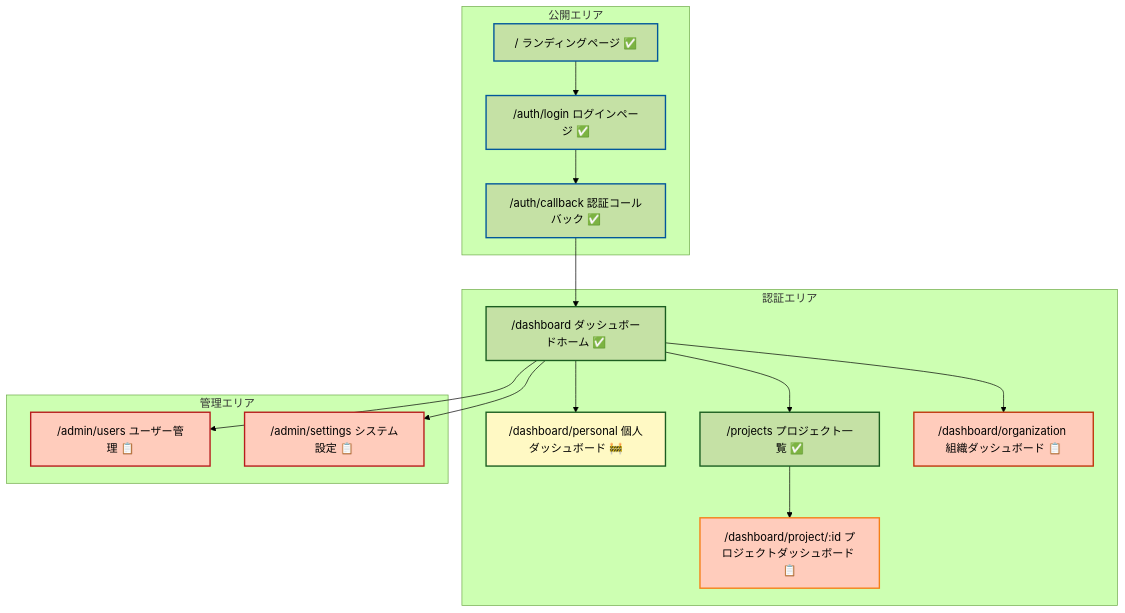
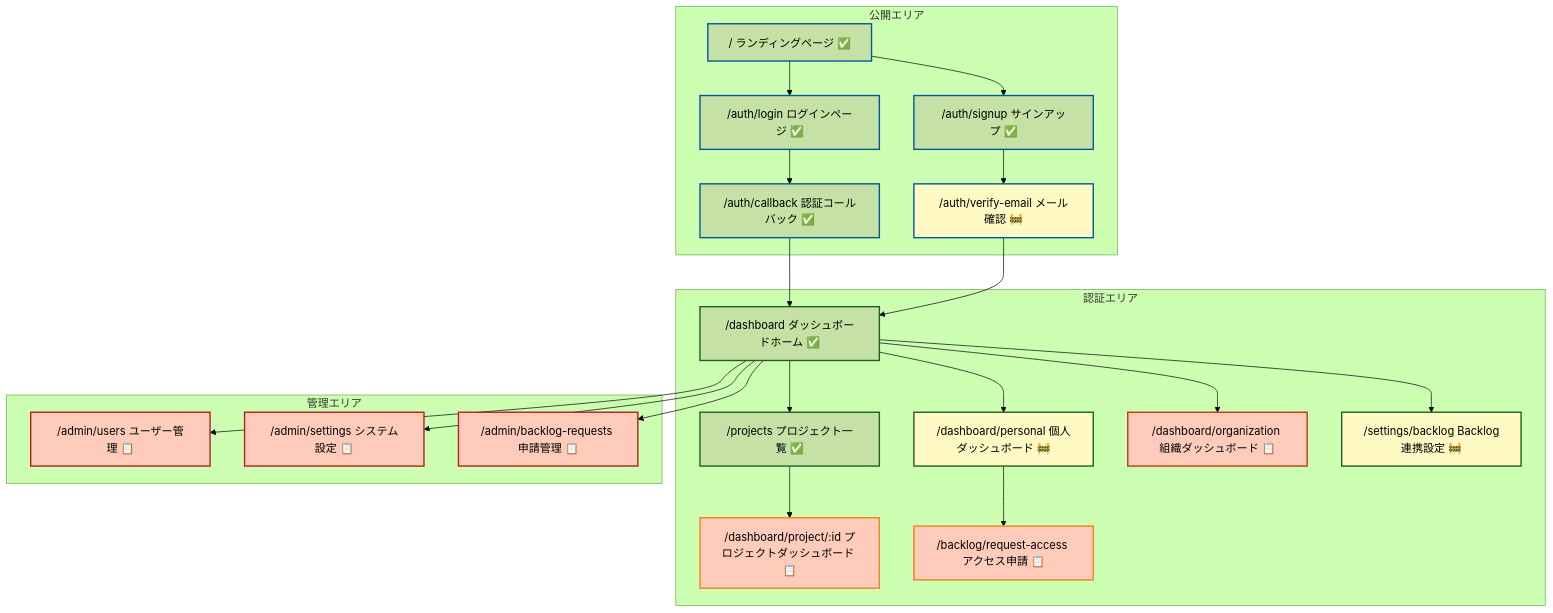
Before and after one commit to rasshii/team-insight: the seventh of 13 diagrams in Doc/mvp.md, drawn with Mermaid (forest theme). The commit also changed other lines of this file and 17 other files, not shown here.

````diff
--- a/Doc/mvp.md
+++ b/Doc/mvp.md
@@ -235,42 +326,58 @@
 ```mermaid
 graph TD
     subgraph "公開エリア"
         A["/ ランディングページ ✅"]
-        B["/auth/login ログインページ ✅"]
-        B2["/auth/callback 認証コールバック ✅"]
+        B["/auth/signup サインアップ ✅"]
+        C["/auth/login ログインページ ✅"]
+        D["/auth/callback 認証コールバック ✅"]
+        E["/auth/verify-email メール確認 🚧"]
     end
 
     subgraph "認証エリア"
-        C["/dashboard ダッシュボードホーム ✅"]
-        D["/dashboard/personal 個人ダッシュボード 🚧"]
-        E["/projects プロジェクト一覧 ✅"]
-        F["/dashboard/project/:id プロジェクトダッシュボード 📋"]
-        G["/dashboard/organization 組織ダッシュボード 📋"]
+        F["/dashboard ダッシュボードホーム ✅"]
+        G["/dashboard/personal 個人ダッシュボード 🚧"]
+        H["/projects プロジェクト一覧 ✅"]
+        I["/dashboard/project/:id プロジェクトダッシュボード 📋"]
+        J["/dashboard/organization 組織ダッシュボード 📋"]
+        K["/settings/backlog Backlog連携設定 🚧"]
+        L["/backlog/request-access アクセス申請 📋"]
     end
 
     subgraph "管理エリア"
-        H["/admin/users ユーザー管理 📋"]
-        I["/admin/settings システム設定 📋"]
+        M["/admin/users ユーザー管理 📋"]
+        N["/admin/settings システム設定 📋"]
+        O["/admin/backlog-requests 申請管理 📋"]
     end
 
     A --> B
-    B --> B2
-    B2 --> C
+    A --> C
+    B --> E
     C --> D
-    C --> E
+    D --> F
     E --> F
-    C --> G
-    C --> H
-    C --> I
+    F --> G
+    F --> H
+    F --> K
+    H --> I
+    F --> J
+    F --> M
+    F --> N
+    F --> O
+    G --> L
 
     style A fill:#c5e1a5,stroke:#01579b,stroke-width:2px
     style B fill:#c5e1a5,stroke:#01579b,stroke-width:2px
-    style B2 fill:#c5e1a5,stroke:#01579b,stroke-width:2px
-    style C fill:#c5e1a5,stroke:#1b5e20,stroke-width:2px
-    style D fill:#fff9c4,stroke:#1b5e20,stroke-width:2px
-    style E fill:#c5e1a5,stroke:#1b5e20,stroke-width:2px
-    style F fill:#ffccbc,stroke:#f57f17,stroke-width:2px
-    style G fill:#ffccbc,stroke:#bf360c,stroke-width:2px
-    style H fill:#ffccbc,stroke:#b71c1c,stroke-width:2px
-    style I fill:#ffccbc,stroke:#b71c1c,stroke-width:2px
+    style C fill:#c5e1a5,stroke:#01579b,stroke-width:2px
+    style D fill:#c5e1a5,stroke:#01579b,stroke-width:2px
+    style E fill:#fff9c4,stroke:#01579b,stroke-width:2px
+    style F fill:#c5e1a5,stroke:#1b5e20,stroke-width:2px
+    style G fill:#fff9c4,stroke:#1b5e20,stroke-width:2px
+    style H fill:#c5e1a5,stroke:#1b5e20,stroke-width:2px
+    style K fill:#fff9c4,stroke:#1b5e20,stroke-width:2px
+    style L fill:#ffccbc,stroke:#f57f17,stroke-width:2px
+    style I fill:#ffccbc,stroke:#f57f17,stroke-width:2px
+    style J fill:#ffccbc,stroke:#bf360c,stroke-width:2px
+    style M fill:#ffccbc,stroke:#b71c1c,stroke-width:2px
+    style N fill:#ffccbc,stroke:#b71c1c,stroke-width:2px
+    style O fill:#ffccbc,stroke:#b71c1c,stroke-width:2px
 ```
````
